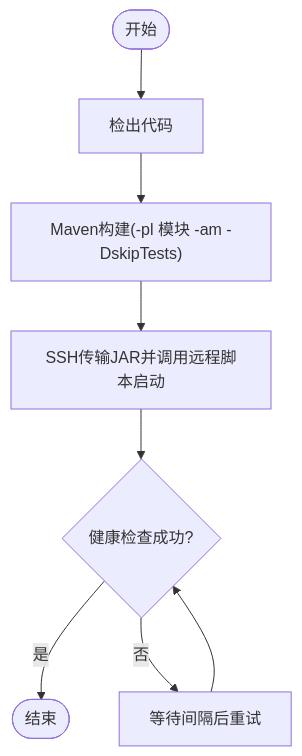
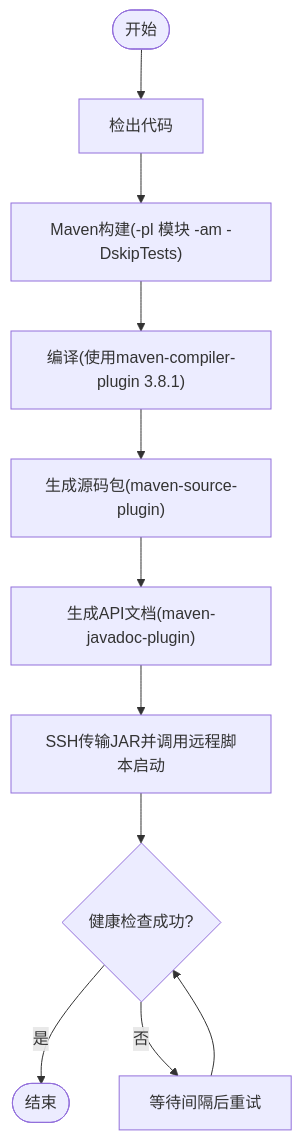
One commit to DrunkFood/First changed the fourth of 4 diagrams in .qoder/repowiki/zh/content/部署运维/部署运维.md. Above: the diagram before and after it, drawn with Mermaid. The commit also changed other lines of this file and 70 other files, not shown here.

````diff
--- a/.qoder/repowiki/zh/content/部署运维/部署运维.md
+++ b/.qoder/repowiki/zh/content/部署运维/部署运维.md
@@ -244,10 +237,13 @@
 ```mermaid
 flowchart TD
 Start(["开始"]) --> Checkout["检出代码"]
 Checkout --> Build["Maven构建(-pl 模块 -am -DskipTests)"]
-Build --> Deploy["SSH传输JAR并调用远程脚本启动"]
+Build --> Compile["编译(使用maven-compiler-plugin 3.8.1)"]
+Compile --> SourceJar["生成源码包(maven-source-plugin)"]
+SourceJar --> Javadoc["生成API文档(maven-javadoc-plugin)"]
+Javadoc --> Deploy["SSH传输JAR并调用远程脚本启动"]
 Deploy --> HealthCheck{"健康检查成功?"}
 HealthCheck --> |是| End(["结束"])
 HealthCheck --> |否| Retry["等待间隔后重试"]
 Retry --> HealthCheck
 ```
````
